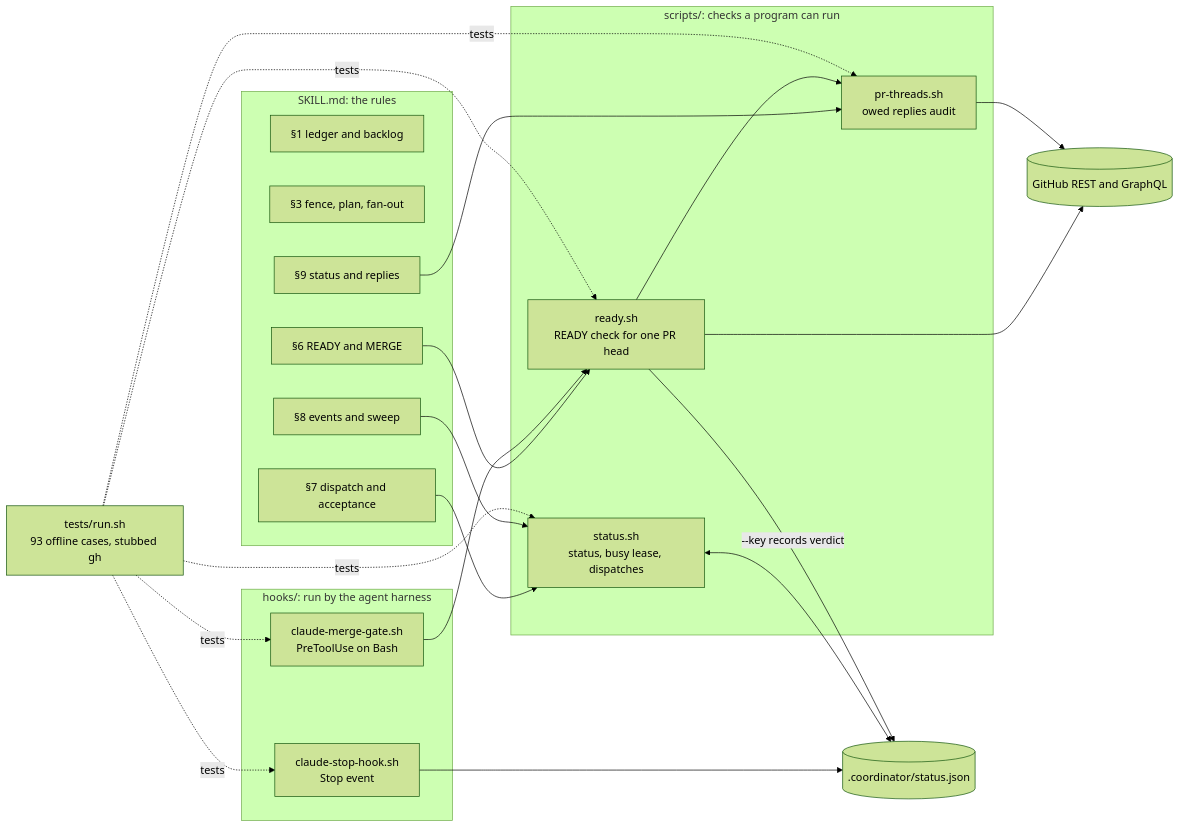
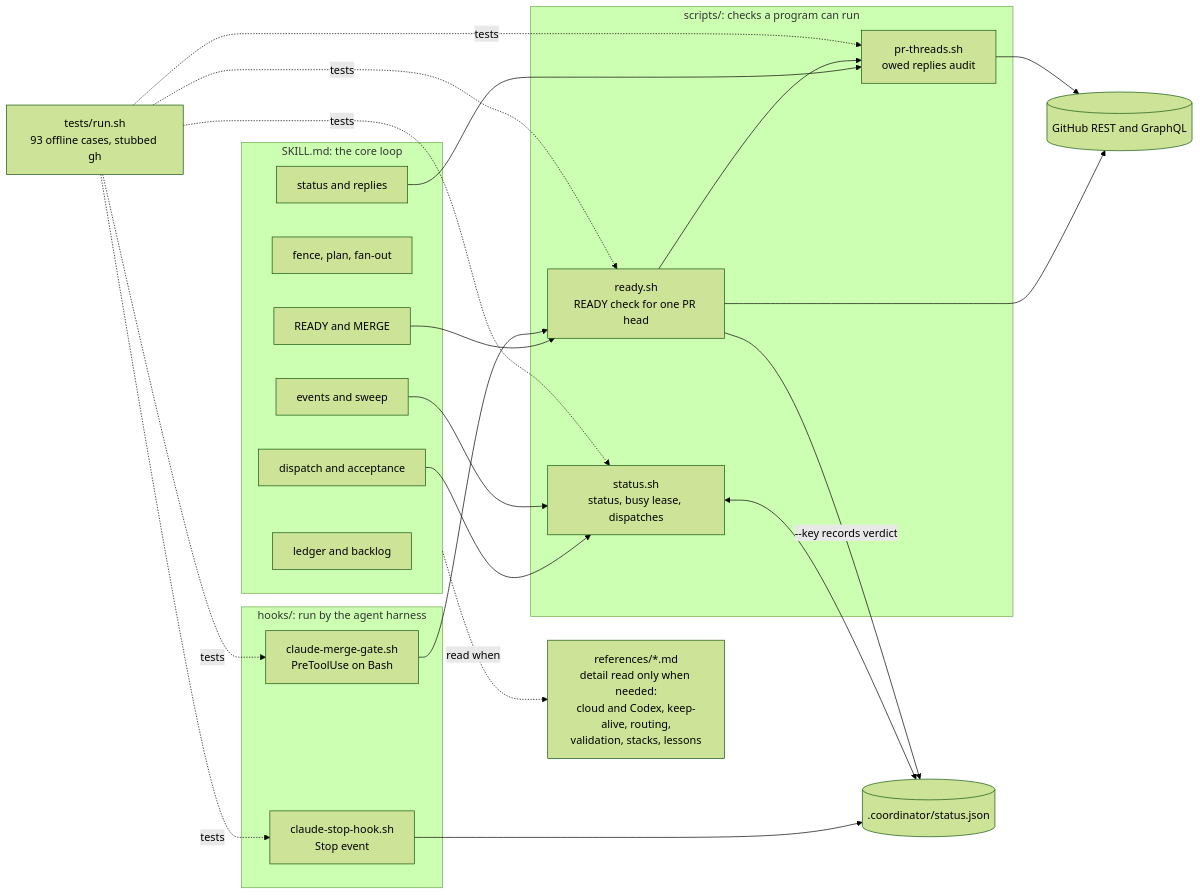
One commit to mejasonmejason/execution-coordinator changed the first of 11 diagrams in docs/OVERVIEW.md. Above: the diagram before and after it, drawn with Mermaid (forest theme). The commit also changed other lines of this file and 2 other files, not shown here.

Commit message:
Point docs at the v11 layout
README: the hook JSON now lives in references/keepalive.md.
docs/OVERVIEW.md: labels use heading names, not section numbers, and
the parts diagram shows references/.
tests/run.sh: the lessons now live in references/lessons.md.

Claude-Session: https://claude.ai/code/session_01Tnnr75NBNLemXNHEJaoNPE

````diff
--- a/docs/OVERVIEW.md
+++ b/docs/OVERVIEW.md
@@ -18,34 +18,36 @@
 ```mermaid
 flowchart LR
-  subgraph Rules["SKILL.md: the rules"]
-    R1["§1 ledger and backlog"]
-    R2["§3 fence, plan, fan-out"]
-    R3["§6 READY and MERGE"]
-    R4["§7 dispatch and acceptance"]
-    R5["§8 events and sweep"]
-    R6["§9 status and replies"]
+  subgraph Rules["SKILL.md: the core loop"]
+    R1["ledger and backlog"]
+    R2["fence, plan, fan-out"]
+    R3["READY and MERGE"]
+    R4["dispatch and acceptance"]
+    R5["events and sweep"]
+    R6["status and replies"]
   end
+  Refs["references/*.md<br/>detail read only when needed:<br/>cloud and Codex, keep-alive, routing,<br/>validation, stacks, lessons"]
+  Rules -. "read when" .-> Refs
   subgraph Scripts["scripts/: checks a program can run"]
     S1["status.sh<br/>status, busy lease, dispatches"]
     S2["ready.sh<br/>READY check for one PR head"]
     S3["pr-threads.sh<br/>owed replies audit"]
   end
   subgraph Hooks["hooks/: run by the agent harness"]
     H1["claude-stop-hook.sh<br/>Stop event"]
     H2["claude-merge-gate.sh<br/>PreToolUse on Bash"]
   end
   State[(".coordinator/status.json")]
   GH[("GitHub REST and GraphQL")]
   R3 --> S2
   R4 --> S1
   R6 --> S3
   R5 --> S1
   H2 --> S2
   S2 --> S3
   S1 <--> State
   H1 --> State
   S2 -- "--key records verdict" --> State
   S2 --> GH
   S3 --> GH
   T["tests/run.sh<br/>93 offline cases, stubbed gh"] -. tests .-> S1 & S2 & S3 & H1 & H2
 ```
````
